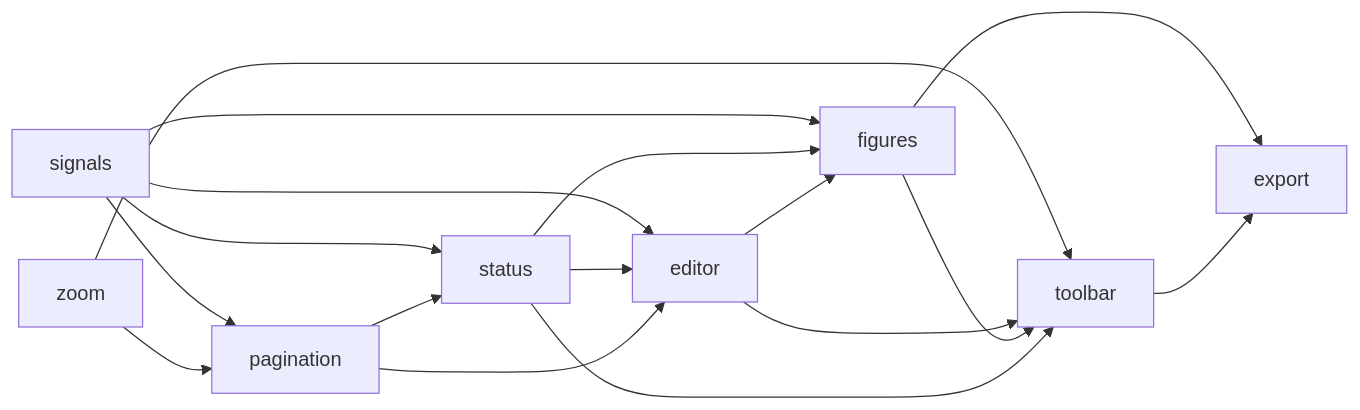
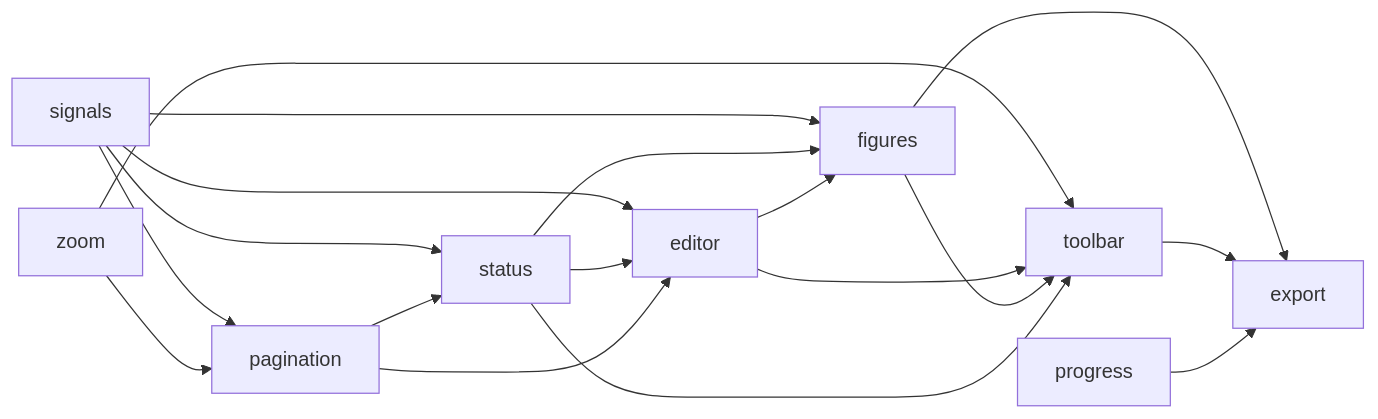
One commit to nakrasian/standalone-doc changed the diagram in DEPS.md. Above: the diagram before and after it, drawn with Mermaid. The commit also changed other lines of this file and 14 other files, not shown here.

````diff
--- a/DEPS.md
+++ b/DEPS.md
@@ -20,19 +22,20 @@
 ```mermaid
 graph LR
   signals --> pagination
   zoom --> pagination
   signals --> status
   pagination --> status
   signals --> editor
   status --> editor
   pagination --> editor
   signals --> figures
   status --> figures
   editor --> figures
   zoom --> toolbar
   editor --> toolbar
   figures --> toolbar
   status --> toolbar
   figures --> export
   toolbar --> export
+  progress --> export
 ```
````
